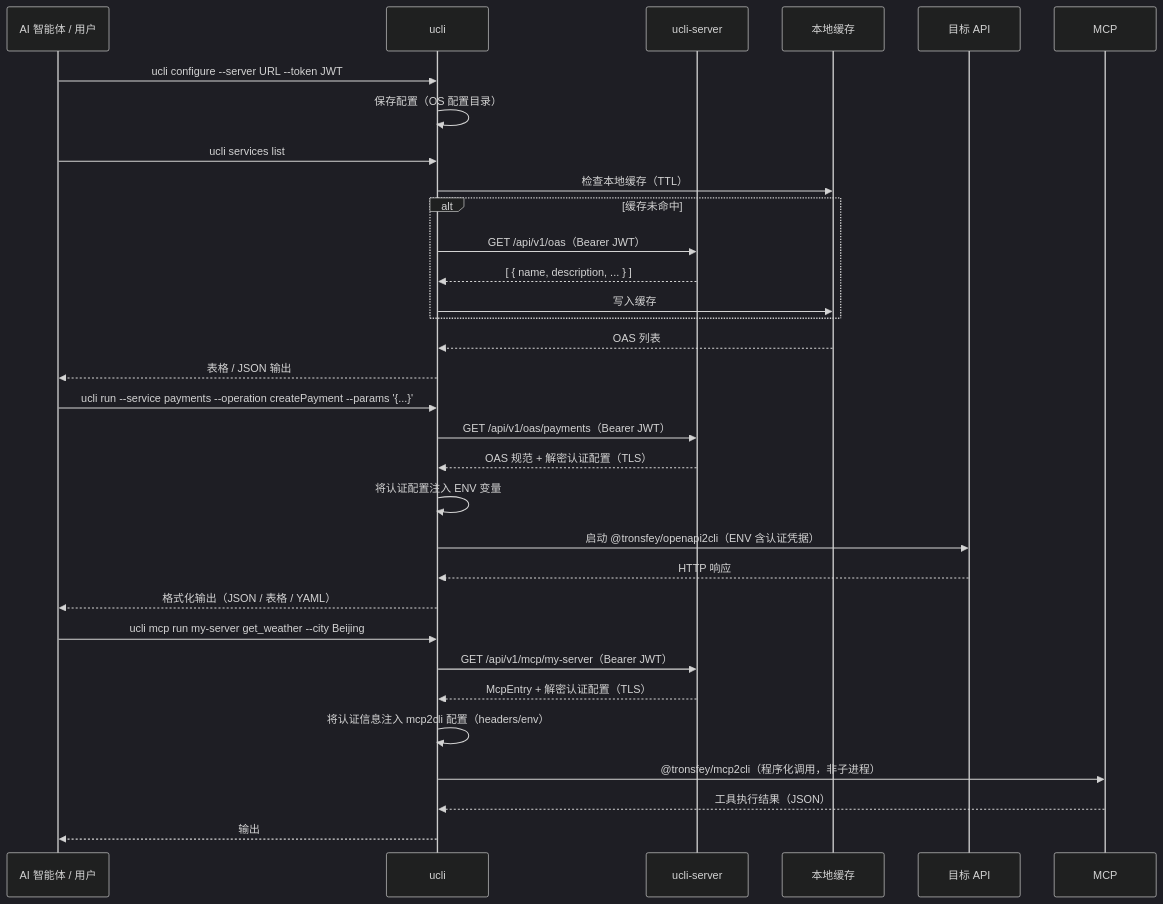
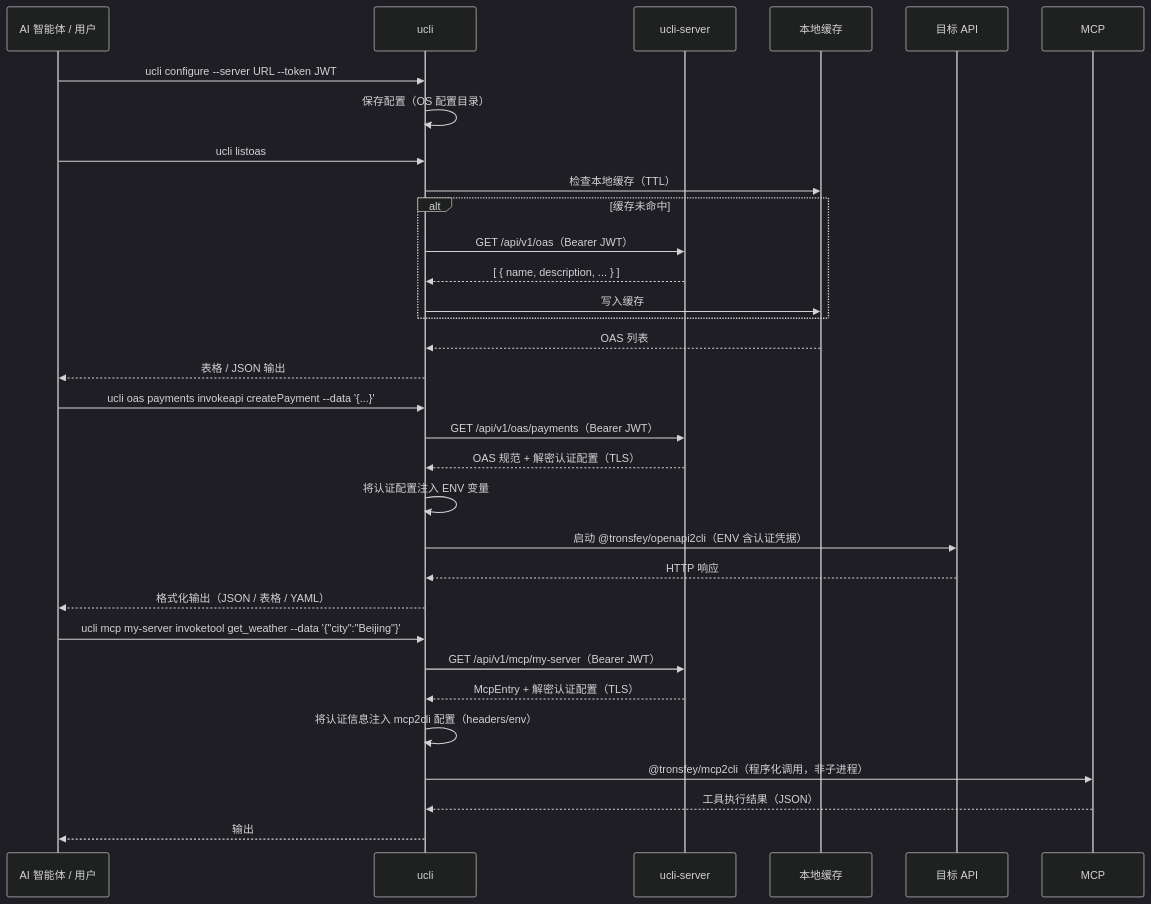
Before and after one commit to tronsfey928/ucli: the diagram in packages/cli/README.zh.md, drawn with Mermaid (dark theme). The commit also changed other lines of this file and 18 other files, not shown here.

First line of the commit message:
refactor(cli): redesign CLI commands for agent-friendly usage

````diff
--- a/packages/cli/README.zh.md
+++ b/packages/cli/README.zh.md
@@ -29,37 +29,37 @@
 ```mermaid
 sequenceDiagram
     participant Agent as AI 智能体 / 用户
     participant CLI as ucli
     participant Server as ucli-server
     participant Cache as 本地缓存
     participant API as 目标 API
 
     Agent->>CLI: ucli configure --server URL --token JWT
     CLI->>CLI: 保存配置（OS 配置目录）
 
-    Agent->>CLI: ucli services list
+    Agent->>CLI: ucli listoas
     CLI->>Cache: 检查本地缓存（TTL）
     alt 缓存未命中
         CLI->>Server: GET /api/v1/oas（Bearer JWT）
         Server-->>CLI: [ { name, description, ... } ]
         CLI->>Cache: 写入缓存
     end
     Cache-->>CLI: OAS 列表
     CLI-->>Agent: 表格 / JSON 输出
 
-    Agent->>CLI: ucli run --service payments --operation createPayment --params '{...}'
+    Agent->>CLI: ucli oas payments invokeapi createPayment --data '{...}'
     CLI->>Server: GET /api/v1/oas/payments（Bearer JWT）
     Server-->>CLI: OAS 规范 + 解密认证配置（TLS）
     CLI->>CLI: 将认证配置注入 ENV 变量
     CLI->>API: 启动 @tronsfey/openapi2cli（ENV 含认证凭据）
     API-->>CLI: HTTP 响应
     CLI-->>Agent: 格式化输出（JSON / 表格 / YAML）
 
-    Agent->>CLI: ucli mcp run my-server get_weather --city Beijing
+    Agent->>CLI: ucli mcp my-server invoketool get_weather --data '{"city":"Beijing"}'
     CLI->>Server: GET /api/v1/mcp/my-server（Bearer JWT）
     Server-->>CLI: McpEntry + 解密认证配置（TLS）
     CLI->>CLI: 将认证信息注入 mcp2cli 配置（headers/env）
     CLI->>MCP: @tronsfey/mcp2cli（程序化调用，非子进程）
     MCP-->>CLI: 工具执行结果（JSON）
     CLI-->>Agent: 输出
 ```
````
